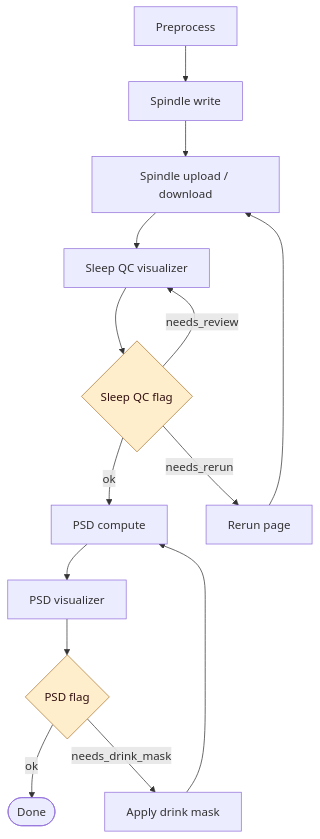
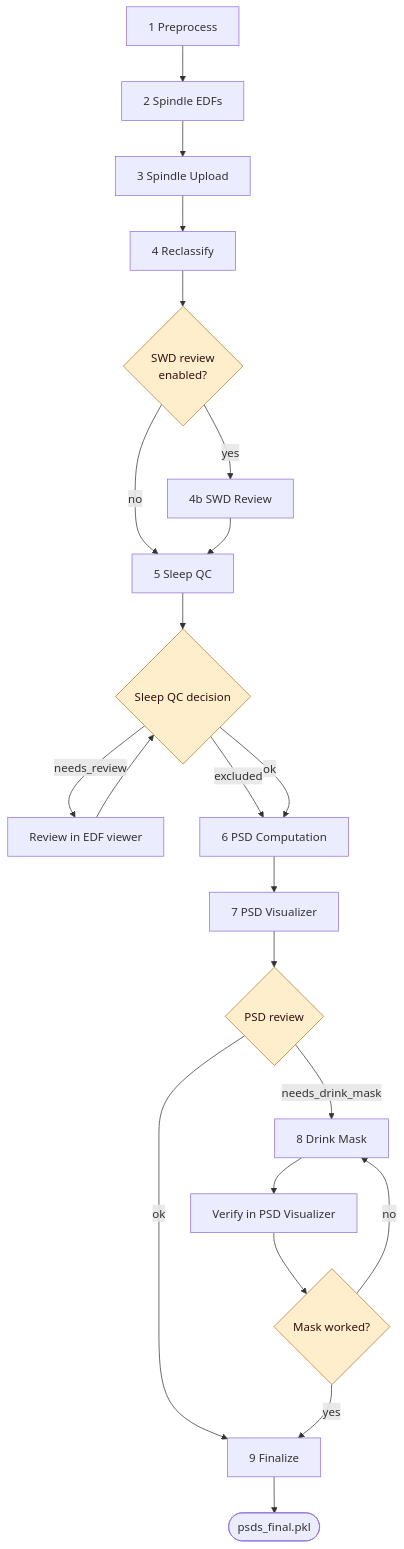
The second of 3 diagrams in docs/pipeline_flow.md (LeahMcIntyre/ebb_viewer), drawn with Mermaid before and after one commit. The commit also changed other lines of this file and 2 other files, not shown here.

````diff
--- a/docs/pipeline_flow.md
+++ b/docs/pipeline_flow.md
@@ -47,21 +75,30 @@
 ```mermaid
 flowchart TD
-    preprocess[Preprocess] --> spindle_write[Spindle write]
-    spindle_write --> upload[Spindle upload / download]
-    upload --> sleep_qc[Sleep QC visualizer]
+    pre["1 Preprocess"] --> spw["2 Spindle EDFs"]
+    spw --> up["3 Spindle Upload"]
+    up --> rc["4 Reclassify"]
+    rc --> swdq{"SWD review<br/>enabled?"}
+    swdq -- yes --> swd["4b SWD Review"]
+    swdq -- no --> qc
+    swd --> qc["5 Sleep QC"]
 
-    sleep_qc --> qc_gate{Sleep QC flag}
-    qc_gate -- ok --> psd_compute[PSD compute]
-    qc_gate -- needs_review --> sleep_qc
-    qc_gate -- needs_rerun --> rerun[Rerun page]
-    rerun --> upload
+    qc --> qcg{"Sleep QC decision"}
+    qcg -- needs_review --> rev["Review in EDF viewer"]
+    rev --> qcg
+    qcg -- excluded --> psd
+    qcg -- ok --> psd["6 PSD Computation"]
 
-    psd_compute --> psd_viz[PSD visualizer]
-    psd_viz --> psd_gate{PSD flag}
-    psd_gate -- ok --> done([Done])
-    psd_gate -- needs_drink_mask --> drink_mask[Apply drink mask]
-    drink_mask --> psd_compute
+    psd --> viz["7 PSD Visualizer"]
+    viz --> pg{"PSD review"}
+    pg -- ok --> fin
+    pg -- needs_drink_mask --> drink["8 Drink Mask"]
+    drink --> ver["Verify in PSD Visualizer"]
+    ver --> vg{"Mask worked?"}
+    vg -- yes --> fin
+    vg -- no --> drink
+
+    fin["9 Finalize"] --> done(["psds_final.pkl"])
 
     classDef gate fill:#fec,stroke:#a73,color:#311;
-    class qc_gate,psd_gate gate;
+    class swdq,qcg,pg,vg gate;
 ```
````
